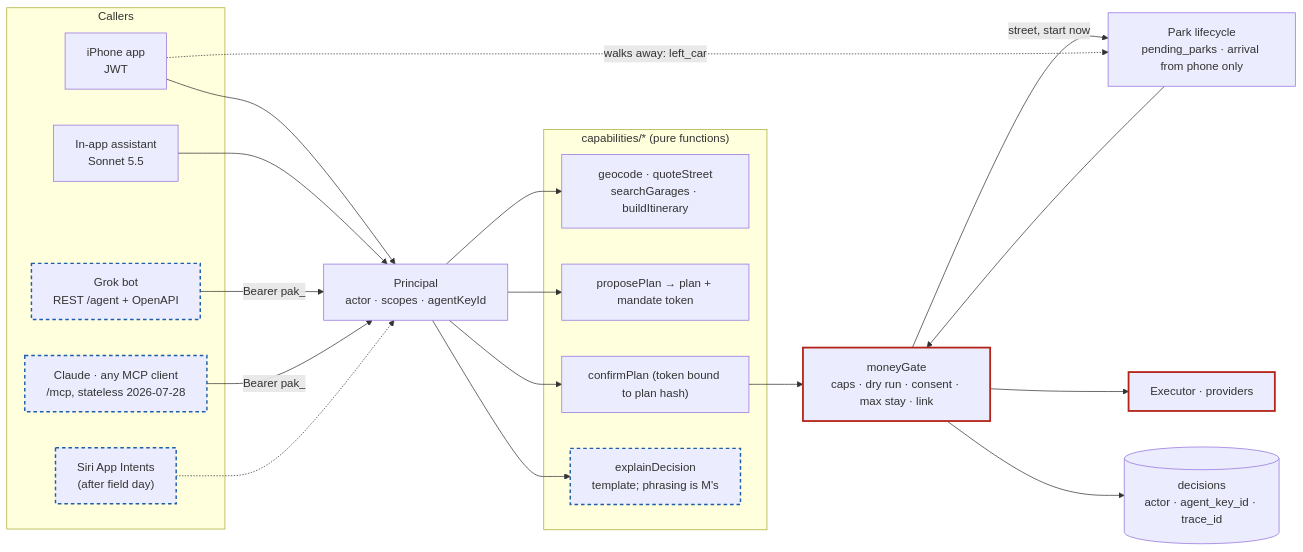
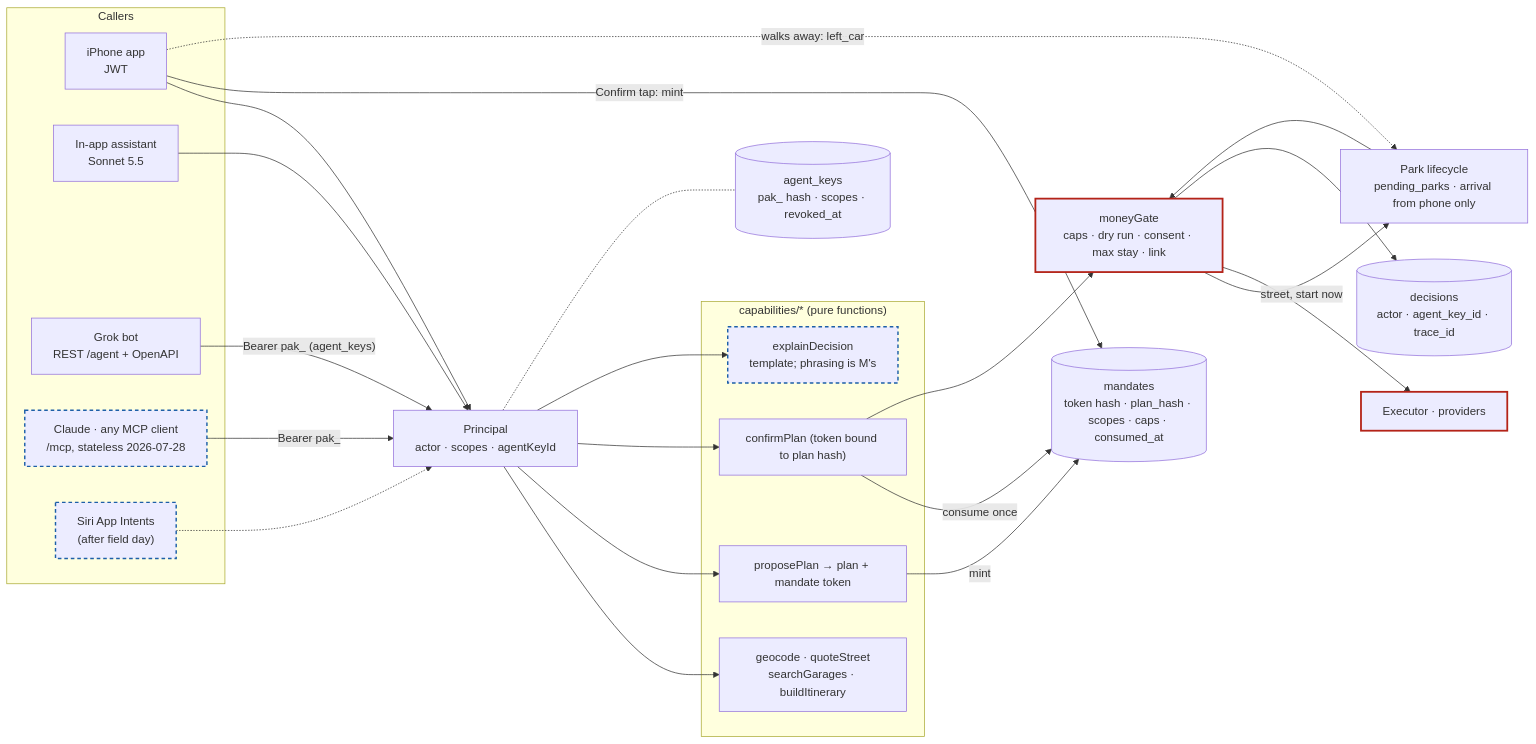
Before and after one commit to thomasbardhi01/parkagent: the third of 4 diagrams in docs/architecture.md, drawn with Mermaid. The commit also changed 31 other files, not shown here.

First line of the commit message:
Agent keys, the one mandate, and the agent surface (WS-4 PR 2a) (#255)

````diff
--- a/docs/architecture.md
+++ b/docs/architecture.md
@@ -106,44 +106,50 @@
 ```mermaid
 flowchart LR
   subgraph Callers
     APP["iPhone app<br/>JWT"]
     LOOP["In-app assistant<br/>Sonnet 5.5"]
     GROK["Grok bot<br/>REST /agent + OpenAPI"]
     CL["Claude · any MCP client<br/>/mcp, stateless 2026-07-28"]
     SIRI["Siri App Intents<br/>(after field day)"]
   end
 
   P["Principal<br/>actor · scopes · agentKeyId"]
 
   subgraph Cap["capabilities/* (pure functions)"]
     C1["geocode · quoteStreet<br/>searchGarages · buildItinerary"]
     C2["proposePlan → plan + mandate token"]
     C3["confirmPlan (token bound to plan hash)"]
     C4["explainDecision<br/>template; phrasing is M's"]
   end
 
   GATE["moneyGate<br/>caps · dry run · consent · max stay · link"]
   LIFE["Park lifecycle<br/>pending_parks · arrival from phone only"]
   EXE["Executor · providers"]
   DEC[("decisions<br/>actor · agent_key_id · trace_id")]
+  KEYS[("agent_keys<br/>pak_ hash · scopes · revoked_at")]
+  MAND[("mandates<br/>token hash · plan_hash · scopes · caps · consumed_at")]
 
   APP --> P
   LOOP --> P
-  GROK -- "Bearer pak_" --> P
+  GROK -- "Bearer pak_ (agent_keys)" --> P
   CL -- "Bearer pak_" --> P
   SIRI -.-> P
   P --> C1 & C2 & C3
   P --> C4
+  P -.- KEYS
+  C2 -- "mint" --> MAND
+  C3 -- "consume once" --> MAND
+  APP -- "Confirm tap: mint" --> MAND
   C3 --> GATE
   GATE -- "street, start now" --> LIFE
   LIFE --> GATE
   GATE --> EXE
   GATE --> DEC
   APP -. "walks away: left_car" .-> LIFE
 
   classDef money stroke:#b42318,stroke-width:2.5px
   classDef planned stroke:#1d5fa8,stroke-width:2px,stroke-dasharray:5 4
   class GATE,EXE money
-  class GROK,CL,SIRI planned
+  class CL,SIRI planned
   class C4 planned
 ```
````
